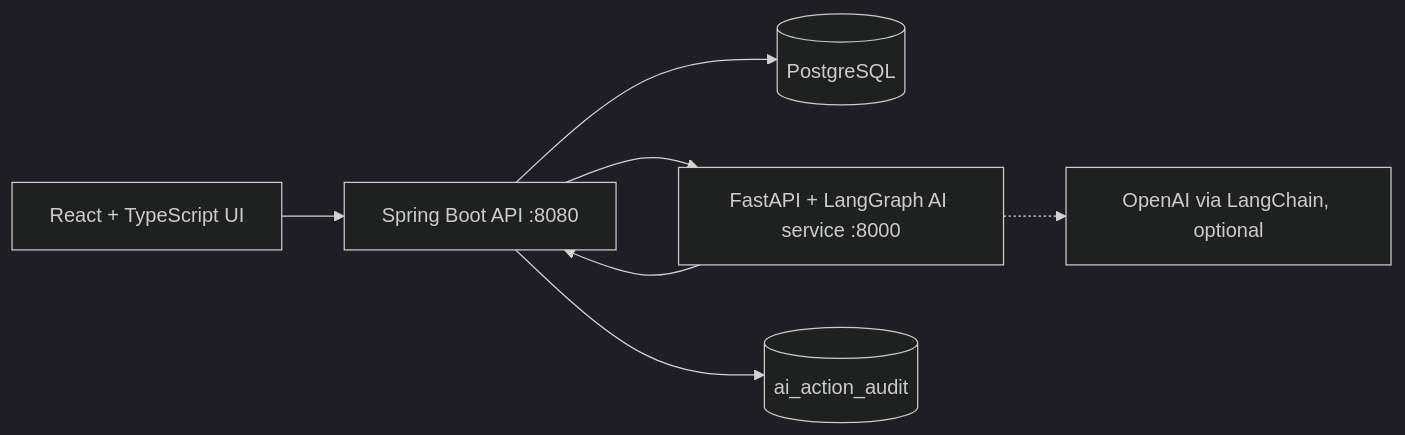
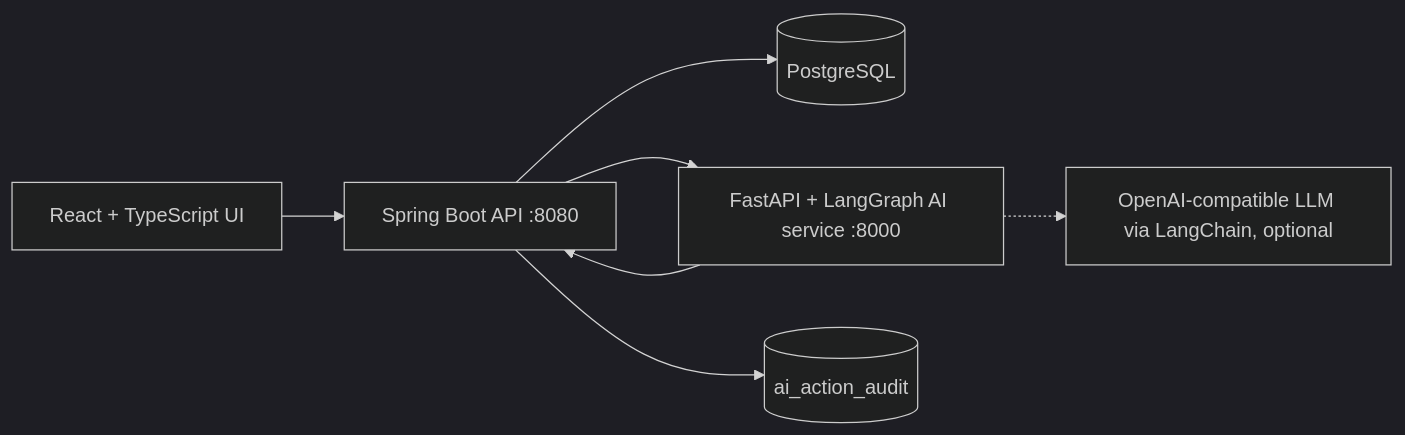
Before and after one commit to zeeshanverse/AI-Crew: the diagram in README.md, drawn with Mermaid (dark theme). The commit also changed other lines of this file and 20 other files, not shown here.

````diff
--- a/README.md
+++ b/README.md
@@ -22,9 +85,17 @@
 ```mermaid
+
 flowchart LR
-    UI[React + TypeScript UI] --> API[Spring Boot API :8080]
-    API --> DB[(PostgreSQL)]
-    API --> AI[FastAPI + LangGraph AI service :8000]
-    AI --> API
-    AI -.-> LLM[OpenAI via LangChain, optional]
-    API --> AUD[(ai_action_audit)]
+
+    UI[React + TypeScript UI] --> API[Spring Boot API :8080]
+
+    API --> DB[(PostgreSQL)]
+
+    API --> AI[FastAPI + LangGraph AI service :8000]
+
+    AI --> API
+
+    AI -.-> LLM[OpenAI-compatible LLM via LangChain, optional]
+
+    API --> AUD[(ai_action_audit)]
+
 ```
````
